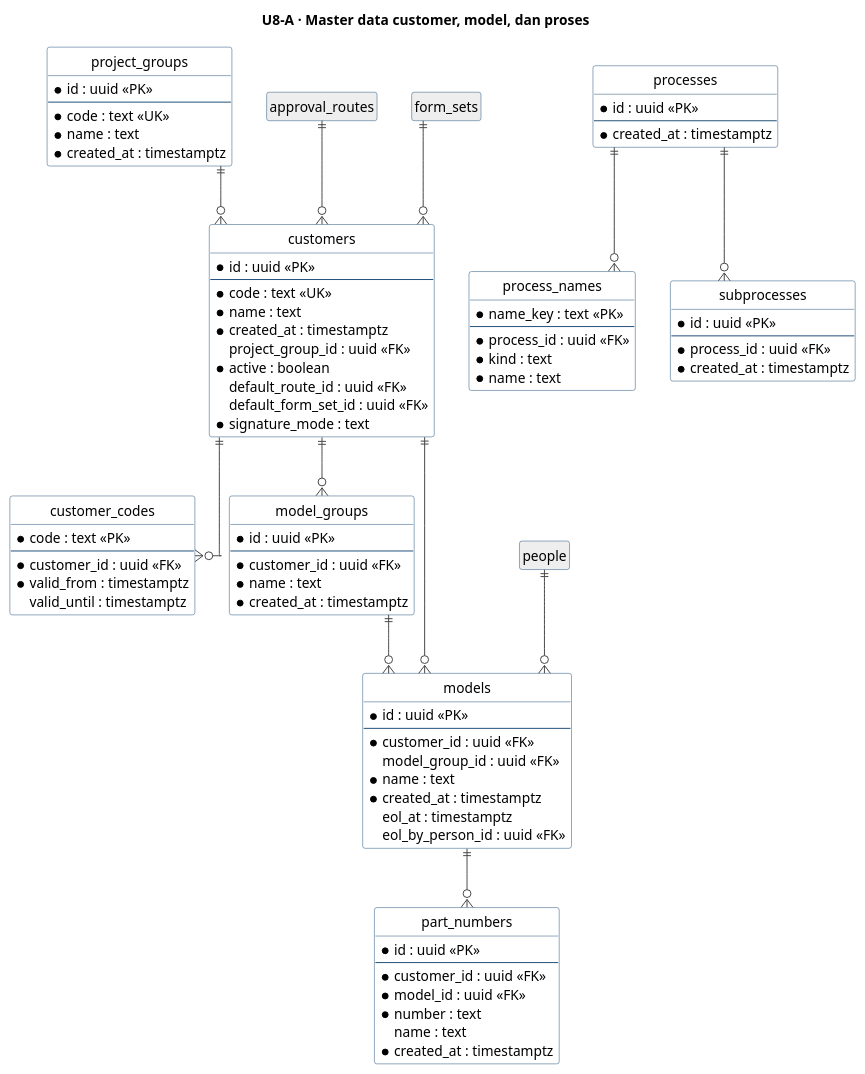
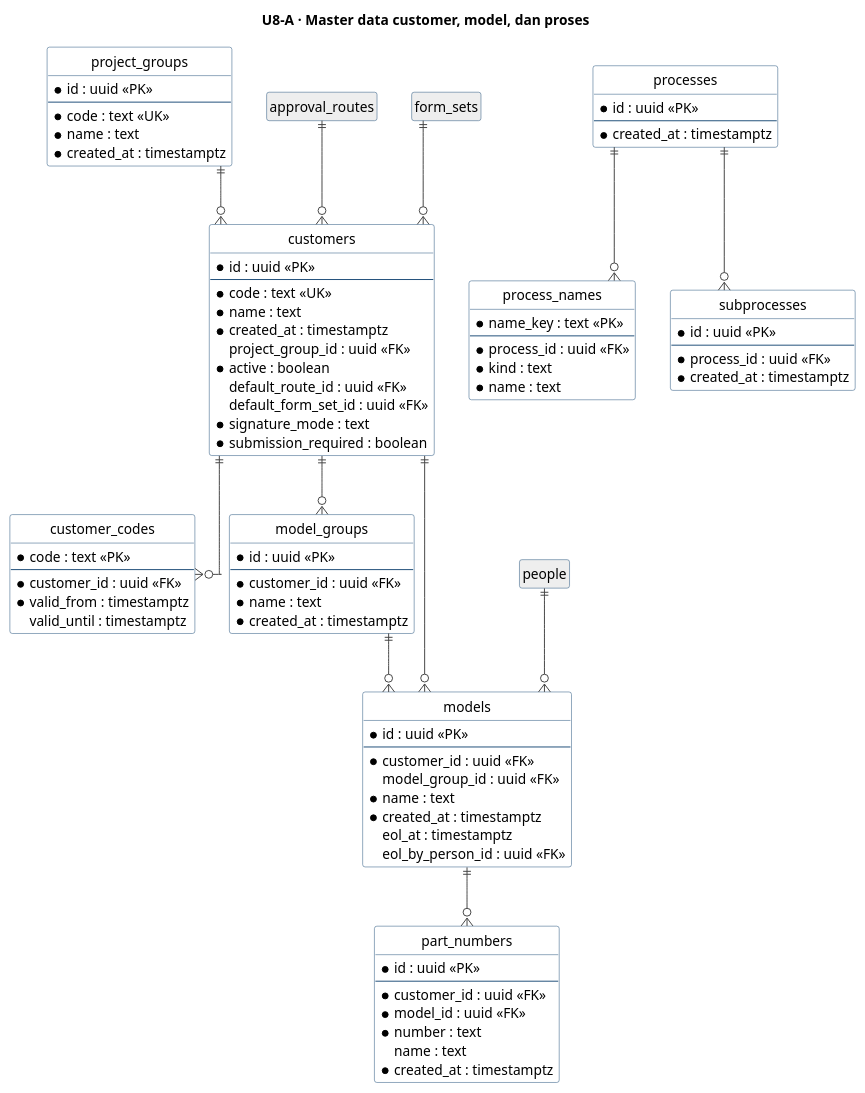
Before and after one commit to dkpauzi/revioten: the first of 10 diagrams in docs/uml/U8-erd.puml, drawn with PlantUML. The commit also changed other lines of this file and 69 other files, not shown here.

```diff
--- a/docs/uml/U8-erd.puml
+++ b/docs/uml/U8-erd.puml
@@ -16,107 +16,108 @@
 @startuml U8-A-master-data
 hide circle
 hide empty members
 skinparam linetype ortho
 skinparam shadowing false
 skinparam ArrowColor #444444
 skinparam ClassBorderColor #1F4E79
 skinparam ClassBackgroundColor #FFFFFF
 
 title U8-A · Master data customer, model, dan proses
 
 entity "project_groups" as project_groups {
   * id : uuid <<PK>>
   --
   * code : text <<UK>>
   * name : text
   * created_at : timestamptz
 }
 
 entity "customers" as customers {
   * id : uuid <<PK>>
   --
   * code : text <<UK>>
   * name : text
   * created_at : timestamptz
   project_group_id : uuid <<FK>>
   * active : boolean
   default_route_id : uuid <<FK>>
   default_form_set_id : uuid <<FK>>
   * signature_mode : text
+  * submission_required : boolean
 }
 
 entity "customer_codes" as customer_codes {
   * code : text <<PK>>
   --
   * customer_id : uuid <<FK>>
   * valid_from : timestamptz
   valid_until : timestamptz
 }
 
 entity "model_groups" as model_groups {
   * id : uuid <<PK>>
   --
   * customer_id : uuid <<FK>>
   * name : text
   * created_at : timestamptz
 }
 
 entity "models" as models {
   * id : uuid <<PK>>
   --
   * customer_id : uuid <<FK>>
   model_group_id : uuid <<FK>>
   * name : text
   * created_at : timestamptz
   eol_at : timestamptz
   eol_by_person_id : uuid <<FK>>
 }
 
 entity "part_numbers" as part_numbers {
   * id : uuid <<PK>>
   --
   * customer_id : uuid <<FK>>
   * model_id : uuid <<FK>>
   * number : text
   name : text
   * created_at : timestamptz
 }
 
 entity "processes" as processes {
   * id : uuid <<PK>>
   --
   * created_at : timestamptz
 }
 
 entity "process_names" as process_names {
   * name_key : text <<PK>>
   --
   * process_id : uuid <<FK>>
   * kind : text
   * name : text
 }
 
 entity "subprocesses" as subprocesses {
   * id : uuid <<PK>>
   --
   * process_id : uuid <<FK>>
   * created_at : timestamptz
 }
 
 entity "approval_routes" as approval_routes #EEEEEE
 entity "form_sets" as form_sets #EEEEEE
 entity "people" as people #EEEEEE
 
 customers ||--o{ customer_codes
 approval_routes ||--o{ customers
 form_sets ||--o{ customers
 project_groups ||--o{ customers
 customers ||--o{ model_groups
 customers ||--o{ models
 model_groups ||--o{ models
 people ||--o{ models
 models ||--o{ part_numbers
 processes ||--o{ process_names
 processes ||--o{ subprocesses
 
 @enduml
```
